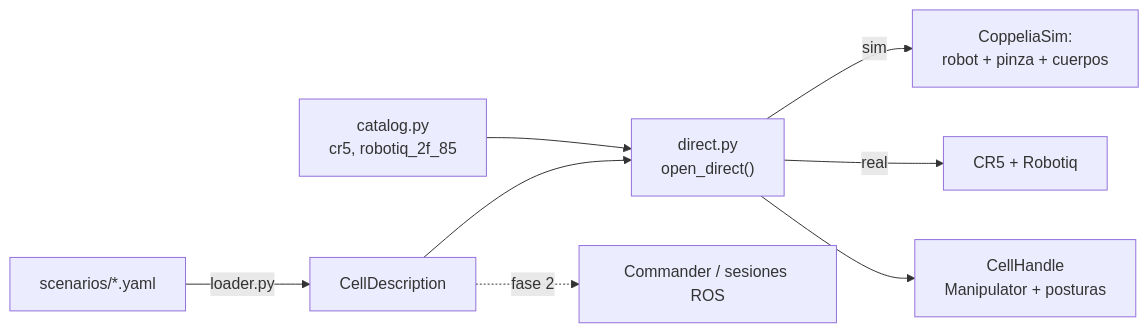
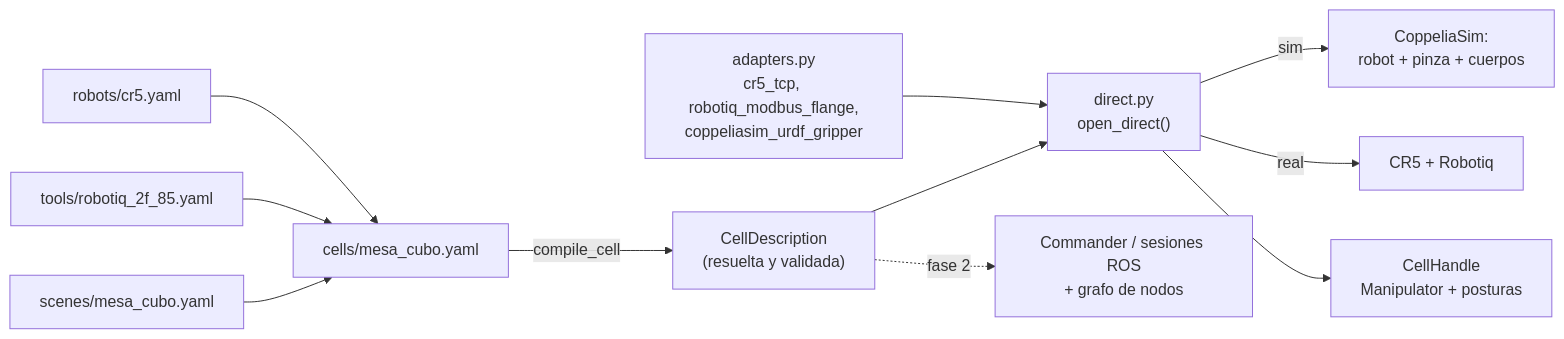
One commit to ChristianMtnzPujante/robot-control-hexagonal changed the diagram in obsidian-vault/Arquitectura/Células y Escenarios.md. Above: the diagram before and after it, drawn with Mermaid. The commit also changed other lines of this file and 36 other files, not shown here.

````diff
--- a/obsidian-vault/Arquitectura/Células y Escenarios.md
+++ b/obsidian-vault/Arquitectura/Células y Escenarios.md
@@ -32,10 +39,13 @@
 ```mermaid
 flowchart LR
-    Y["scenarios/*.yaml"] -->|loader.py| D["CellDescription"]
-    C["catalog.py<br/>cr5, robotiq_2f_85"] --> B
+    R["robots/cr5.yaml"] --> C
+    T["tools/robotiq_2f_85.yaml"] --> C
+    S["scenes/mesa_cubo.yaml"] --> C
+    C["cells/mesa_cubo.yaml"] -->|compile_cell| D["CellDescription<br/>(resuelta y validada)"]
+    A["adapters.py<br/>cr5_tcp, robotiq_modbus_flange,<br/>coppeliasim_urdf_gripper"] --> B
     D --> B["direct.py<br/>open_direct()"]
-    B -->|sim| S["CoppeliaSim:<br/>robot + pinza + cuerpos"]
-    B -->|real| R["CR5 + Robotiq"]
+    B -->|sim| SIM["CoppeliaSim:<br/>robot + pinza + cuerpos"]
+    B -->|real| REAL["CR5 + Robotiq"]
     B --> H["CellHandle<br/>Manipulator + posturas"]
-    D -.->|fase 2| RO["Commander / sesiones ROS"]
+    D -.->|fase 2| RO["Commander / sesiones ROS<br/>+ grafo de nodos"]
 ```
````
